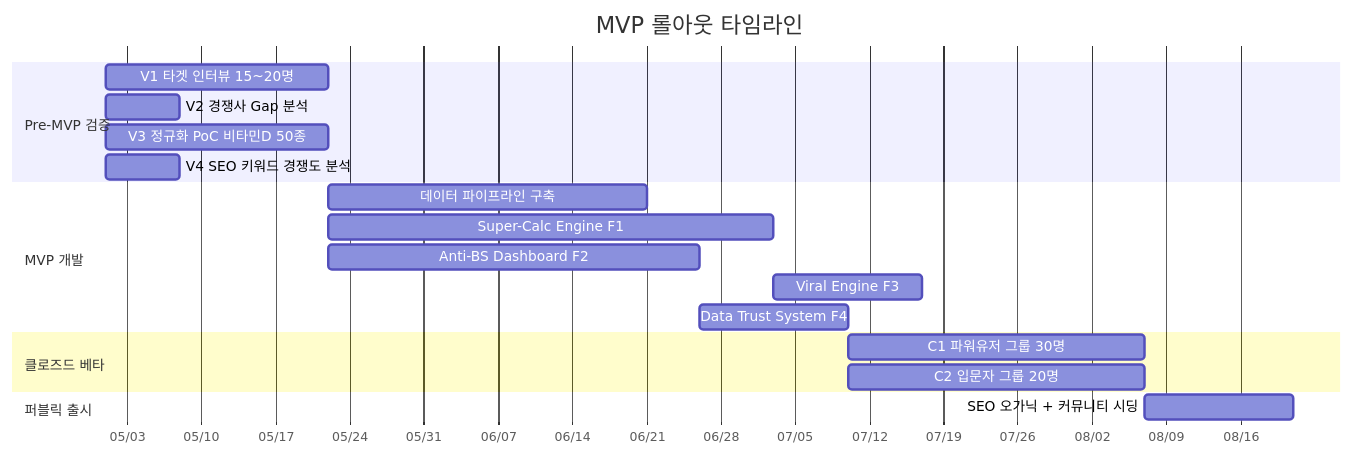
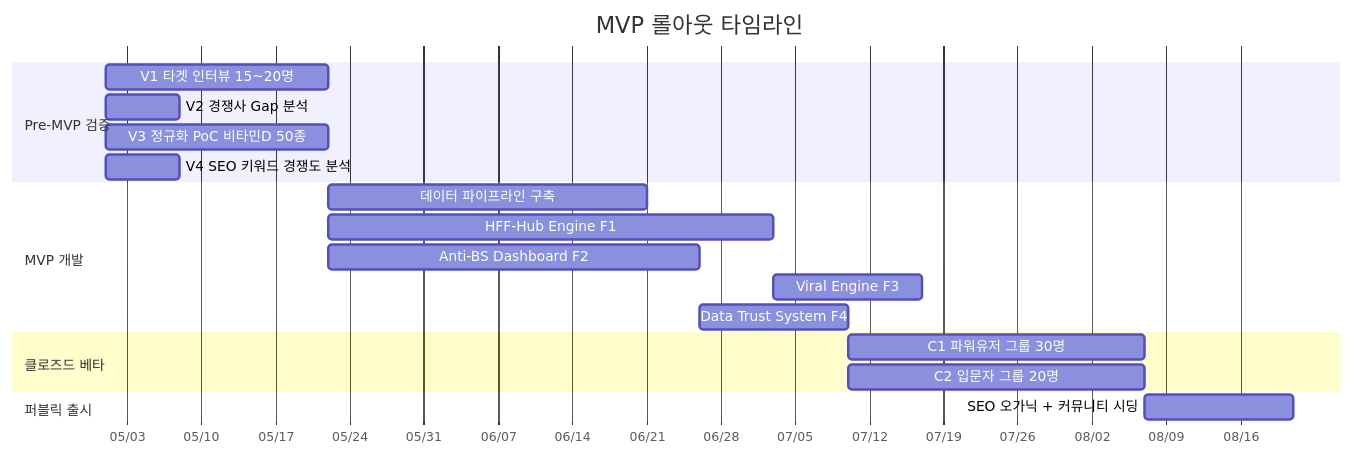
Before and after one commit to wild-mental/hff-hub-workbase: the fourth of 4 diagrams in raw/00_PRD_v1.md, drawn with Mermaid. The commit also changed other lines of this file and 54 other files, not shown here.

Commit message:
프로젝트명을 HFF-Hub (Health Functional Food Hub) 로 통일

````diff
--- a/raw/00_PRD_v1.md
+++ b/raw/00_PRD_v1.md
@@ -397,26 +397,26 @@
 ```mermaid
 gantt
     title MVP 롤아웃 타임라인
     dateFormat  YYYY-MM-DD
     axisFormat  %m/%d
 
     section Pre-MVP 검증
     V1 타겟 인터뷰 15~20명     :v1, 2026-05-01, 21d
     V2 경쟁사 Gap 분석           :v2, 2026-05-01, 7d
     V3 정규화 PoC 비타민D 50종 :v3, 2026-05-01, 21d
     V4 SEO 키워드 경쟁도 분석    :v4, 2026-05-01, 7d
 
     section MVP 개발
     데이터 파이프라인 구축       :dev1, after v3, 30d
-    Super-Calc Engine F1      :dev2, after v3, 42d
+    HFF-Hub Engine F1      :dev2, after v3, 42d
     Anti-BS Dashboard F2      :dev3, after v3, 35d
     Viral Engine F3           :dev4, after dev2, 14d
     Data Trust System F4      :dev5, after dev3, 14d
 
     section 클로즈드 베타
     C1 파워유저 그룹 30명     :beta1, after dev5, 28d
     C2 입문자 그룹 20명       :beta2, after dev5, 28d
 
     section 퍼블릭 출시
     SEO 오가닉 + 커뮤니티 시딩  :launch, after beta1, 14d
 ```
````
